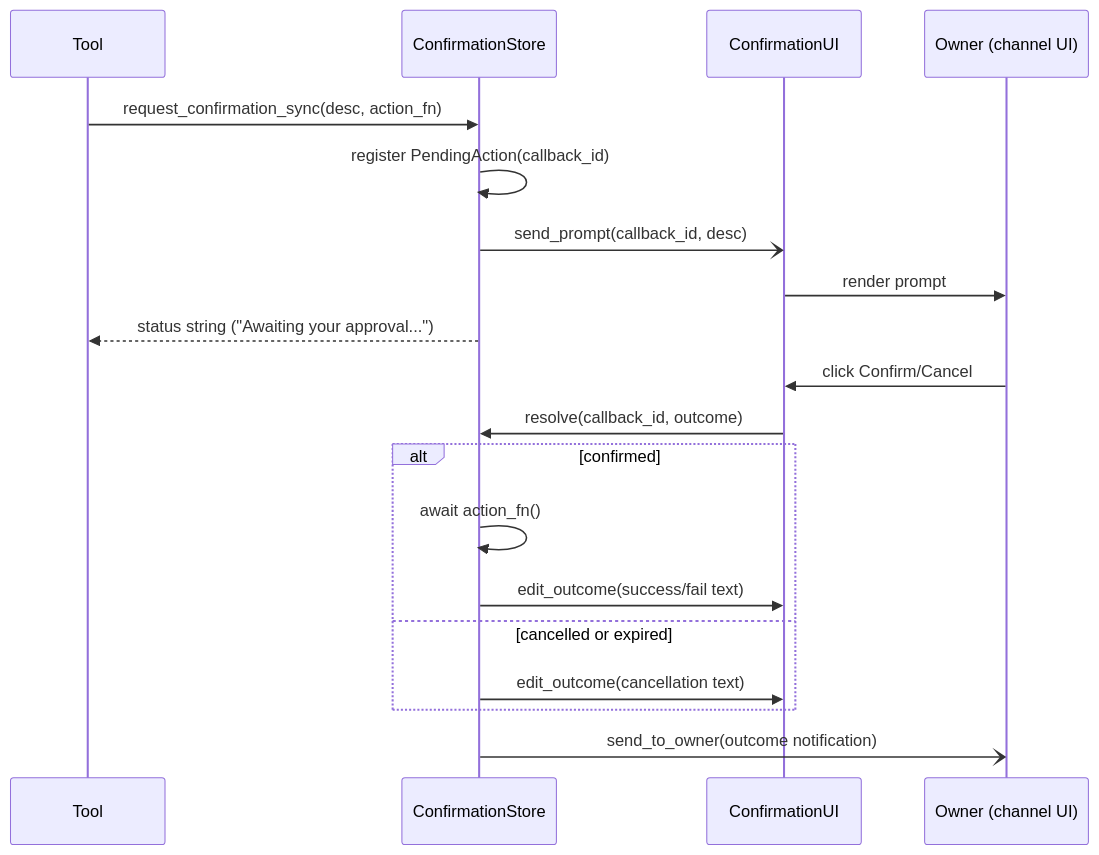
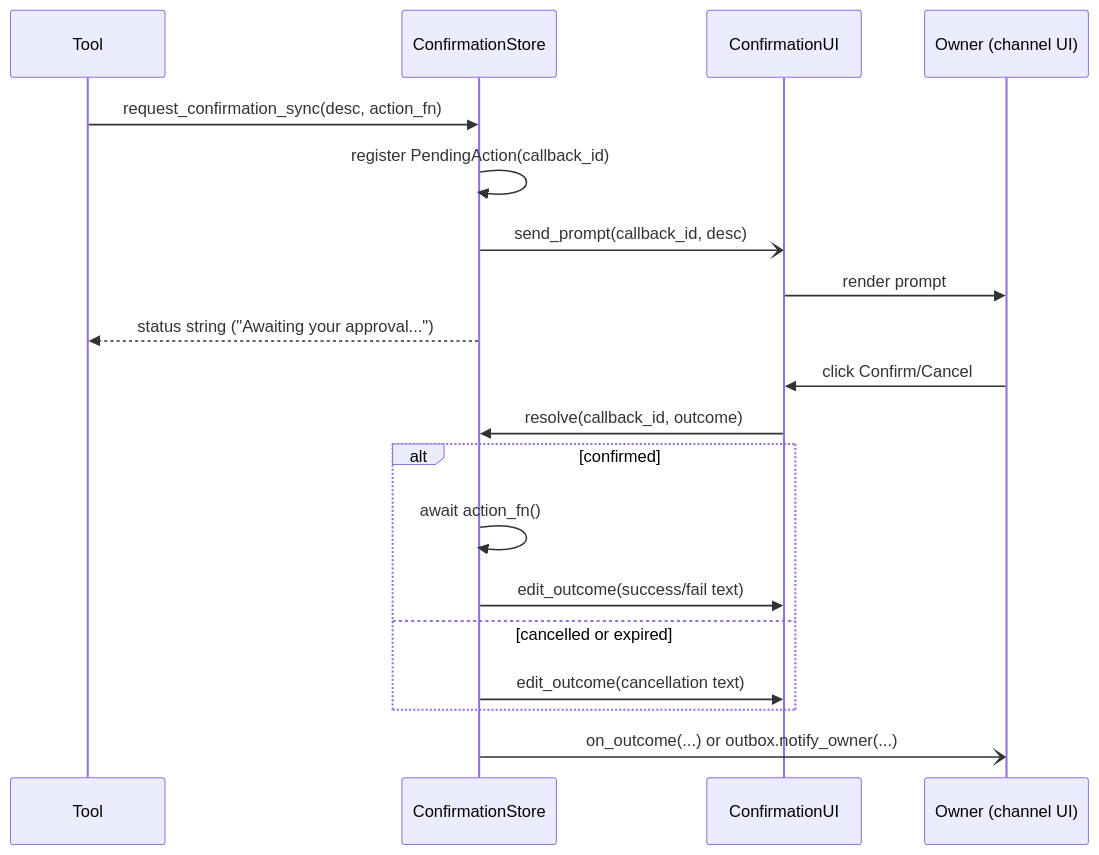
One commit to roiguri/jarvis-agent changed the second of 2 diagrams in docs/architecture/GATEWAY.md. Above: the diagram before and after it, drawn with Mermaid. The commit also changed other lines of this file and 6 other files, not shown here.

First line of the commit message:
docs: align architecture docs with Outbox + host decoupling; archive completed plans

````diff
--- a/docs/architecture/GATEWAY.md
+++ b/docs/architecture/GATEWAY.md
@@ -122,22 +133,22 @@
 ```mermaid
 sequenceDiagram
     participant Tool
     participant Store as ConfirmationStore
     participant UI as ConfirmationUI
     participant User as Owner (channel UI)
 
     Tool->>Store: request_confirmation_sync(desc, action_fn)
     Store->>Store: register PendingAction(callback_id)
     Store-)UI: send_prompt(callback_id, desc)
     UI->>User: render prompt
     Store-->>Tool: status string ("Awaiting your approval...")
     User->>UI: click Confirm/Cancel
     UI->>Store: resolve(callback_id, outcome)
     alt confirmed
         Store->>Store: await action_fn()
         Store->>UI: edit_outcome(success/fail text)
     else cancelled or expired
         Store->>UI: edit_outcome(cancellation text)
     end
-    Store-)User: send_to_owner(outcome notification)
+    Store-)User: on_outcome(...) or outbox.notify_owner(...)
 ```
````
